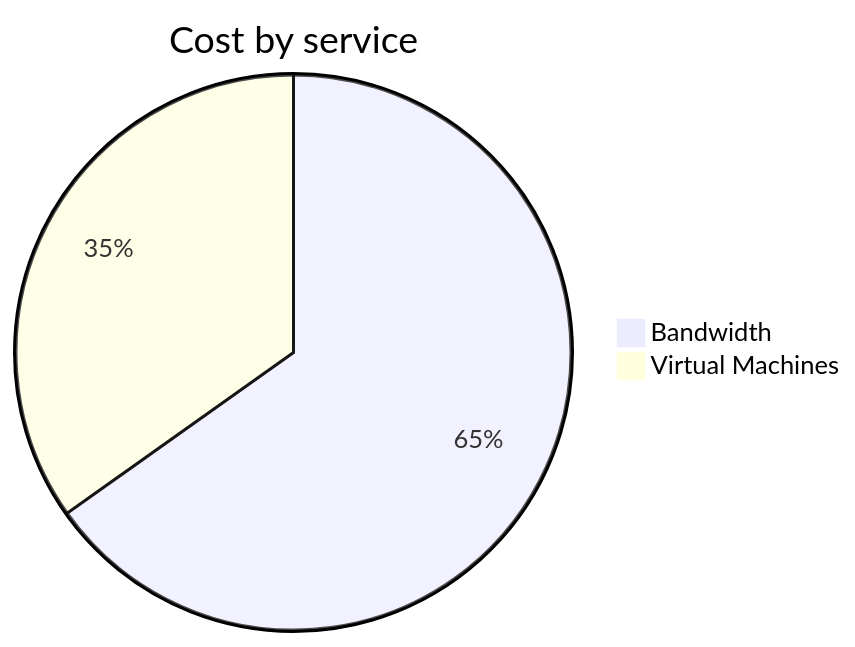
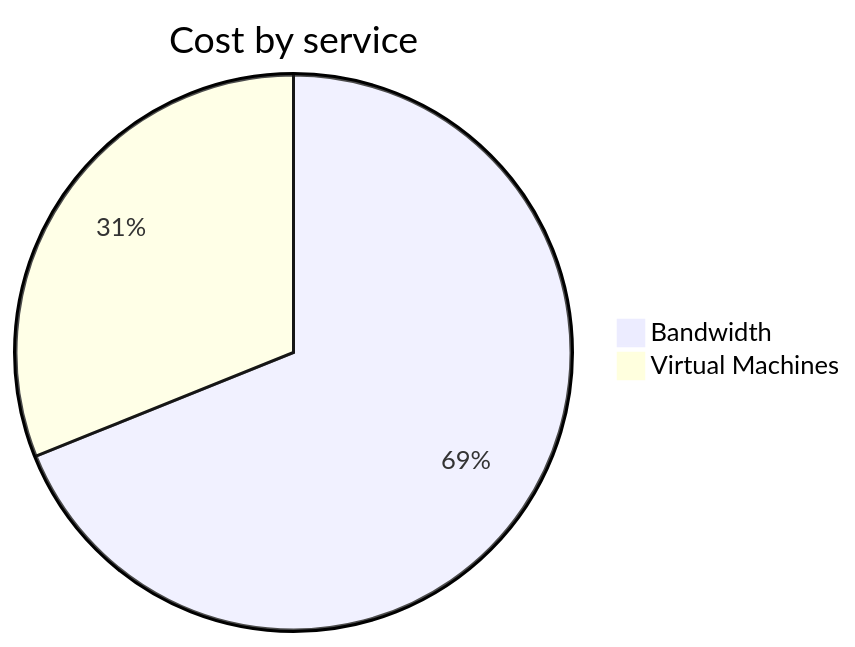
The second of 4 diagrams in cost-reports/personal-network/vpn-server.md (jpfulton/azure-personal-reports), drawn with Mermaid before and after one commit. The commit also changed other lines of this file and 8 other files, not shown here.

````diff
--- a/cost-reports/personal-network/vpn-server.md
+++ b/cost-reports/personal-network/vpn-server.md
@@ -96,6 +96,6 @@
 ```mermaid
 pie
    title Cost by service
-   "Bandwidth" : 2.04
-   "Virtual Machines" : 1.09
+   "Bandwidth" : 2.86
+   "Virtual Machines" : 1.29
 ```
````
